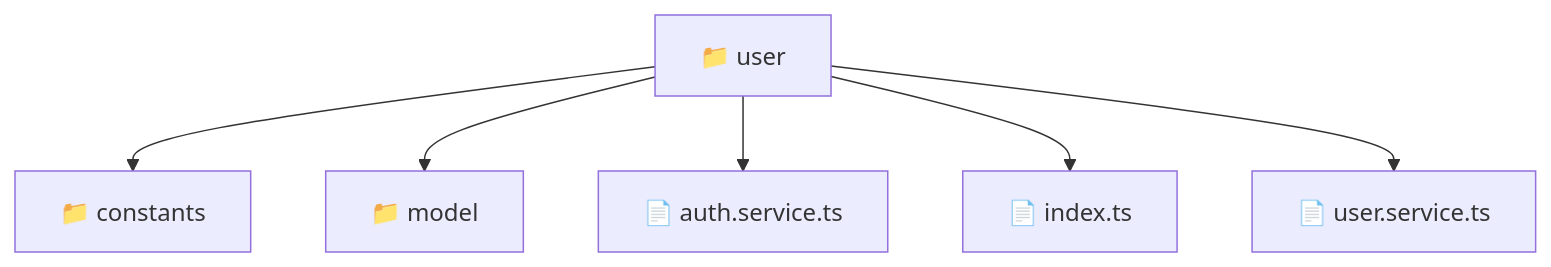
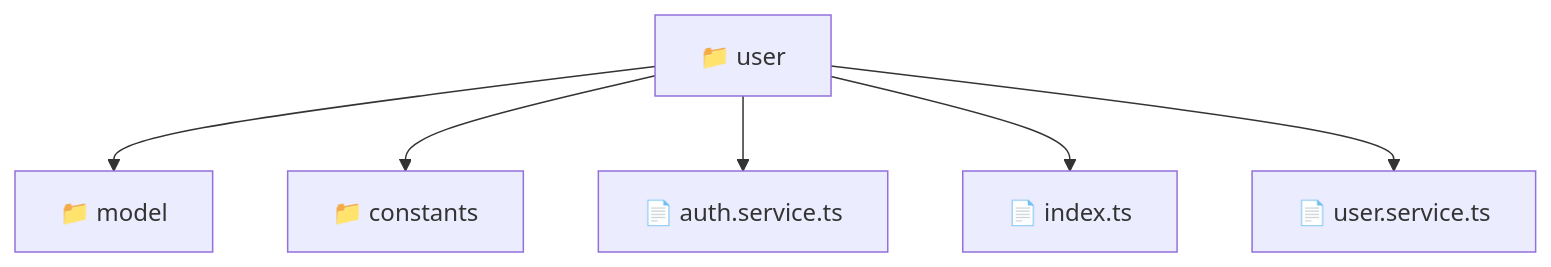
One commit to beginwebdev2002/fullstack-mavluda changed the diagram in frontend/src/entities/user/README.md. Above: the diagram before and after it, drawn with Mermaid. The commit also changed other lines of this file and 157 other files, not shown here.

````diff
--- a/frontend/src/entities/user/README.md
+++ b/frontend/src/entities/user/README.md
@@ -11,9 +11,9 @@
 ```mermaid
 graph TD
-  Root["📁 user"]
-  Root --> constants["📁 constants"]
-  Root --> model["📁 model"]
-  Root --> auth_service_ts["📄 auth.service.ts"]
-  Root --> index_ts["📄 index.ts"]
-  Root --> user_service_ts["📄 user.service.ts"]
+  user["📁 user"]
+  user --> model["📁 model"]
+  user --> constants["📁 constants"]
+  user --> auth_service_ts["📄 auth.service.ts"]
+  user --> index_ts["📄 index.ts"]
+  user --> user_service_ts["📄 user.service.ts"]
 ```
````
